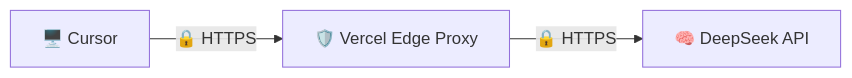
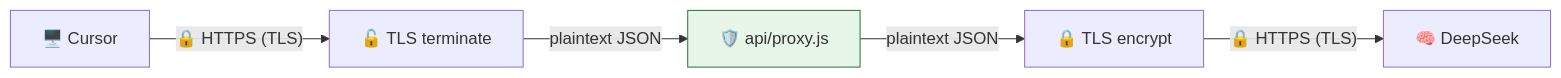
One commit to lqdflying/cursorProxy changed the second of 2 diagrams in README.md. Above: the diagram before and after it, drawn with Mermaid. The commit also changed other lines of this file, not shown here.

Commit message:
docs: improve Mermaid diagrams with decrypt/re-encrypt and KV cycle

````diff
--- a/README.md
+++ b/README.md
@@ -62,5 +69,9 @@
 ```mermaid
 flowchart LR
-    Cursor["🖥️ Cursor"] -->|"🔒 HTTPS"| Proxy["🛡️ Vercel Edge Proxy"]
-    Proxy -->|"🔒 HTTPS"| DeepSeek["🧠 DeepSeek API"]
+    C["🖥️ Cursor"] -->|"🔒 HTTPS (TLS)"| VT["🔓 TLS terminate"]
+    VT -->|"plaintext JSON"| P["🛡️ api/proxy.js"]
+    P -->|"plaintext JSON"| VE["🔒 TLS encrypt"]
+    VE -->|"🔒 HTTPS (TLS)"| D["🧠 DeepSeek"]
+
+    style P fill:#e8f5e9,stroke:#2e7d32
 ```
````
